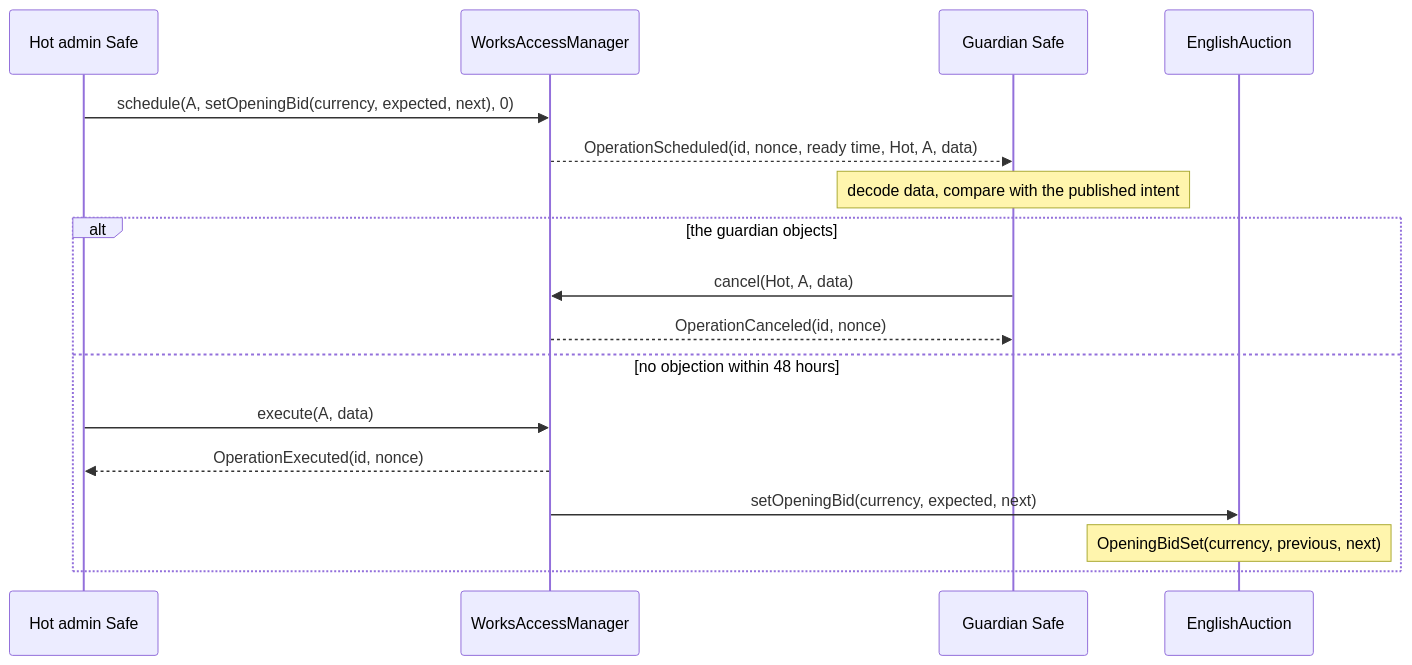
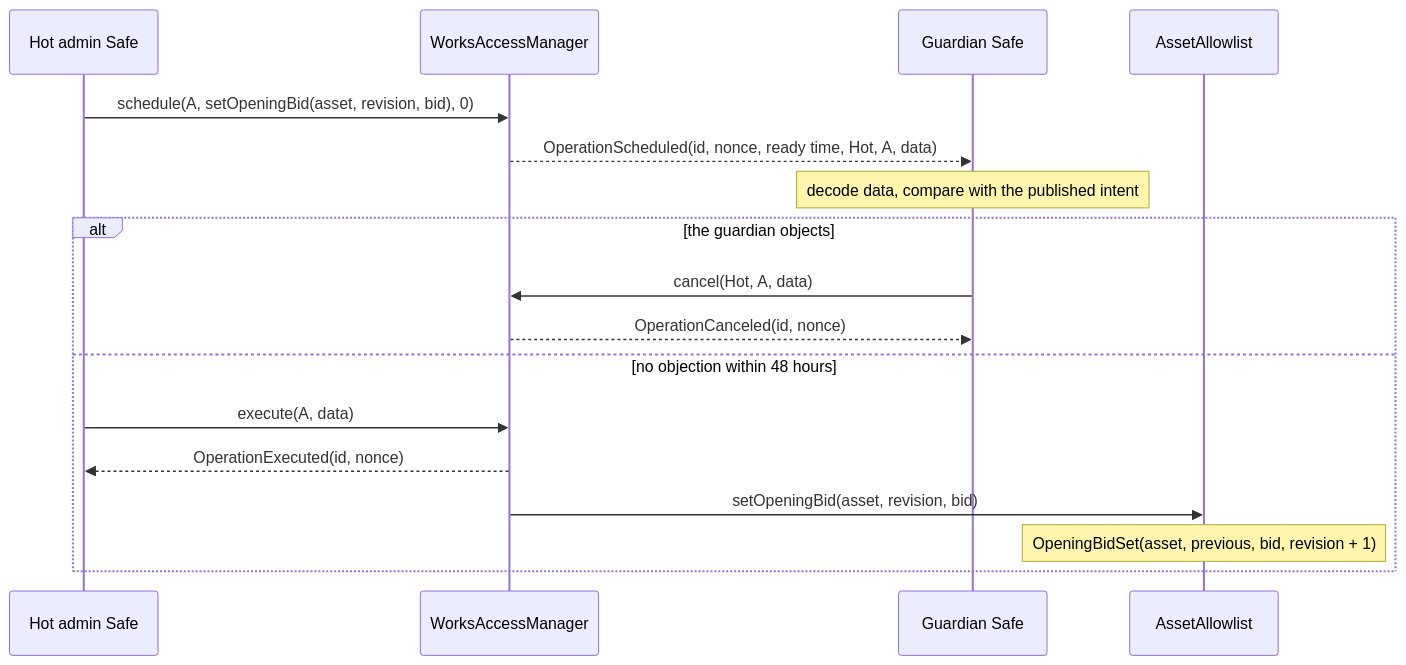
The seventh of 11 diagrams in docs/spec/governance.md (6529-Collections/6529-works), drawn with Mermaid before and after one commit. The commit also changed other lines of this file and 369 other files, not shown here.

````diff
--- a/docs/spec/governance.md
+++ b/docs/spec/governance.md
@@ -415,19 +699,19 @@
 ```mermaid
 sequenceDiagram
     participant Hot as Hot admin Safe
     participant M as WorksAccessManager
     participant G as Guardian Safe
-    participant A as EnglishAuction
-    Hot->>M: schedule(A, setOpeningBid(currency, expected, next), 0)
+    participant A as AssetAllowlist
+    Hot->>M: schedule(A, setOpeningBid(asset, revision, bid), 0)
     M-->>G: OperationScheduled(id, nonce, ready time, Hot, A, data)
     Note over G: decode data, compare with the published intent
     alt the guardian objects
         G->>M: cancel(Hot, A, data)
         M-->>G: OperationCanceled(id, nonce)
     else no objection within 48 hours
         Hot->>M: execute(A, data)
         M-->>Hot: OperationExecuted(id, nonce)
-        M->>A: setOpeningBid(currency, expected, next)
-        Note over A: OpeningBidSet(currency, previous, next)
+        M->>A: setOpeningBid(asset, revision, bid)
+        Note over A: OpeningBidSet(asset, previous, bid, revision + 1)
     end
 ```
````
